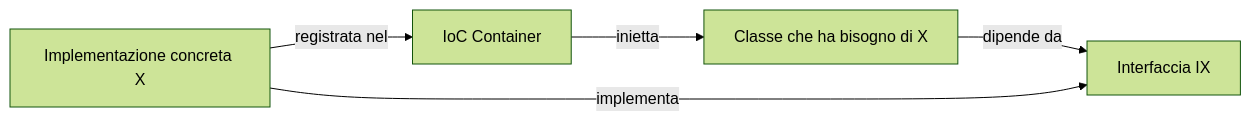
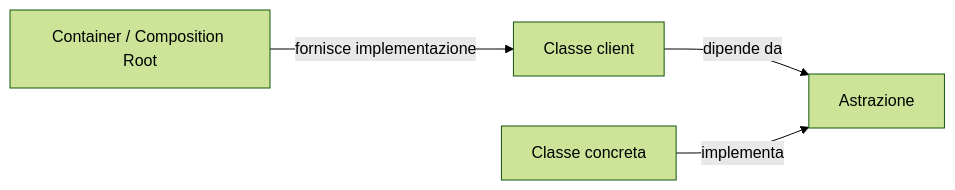
One commit to DennisTurco/AppuntiFacili changed the first of 6 diagrams in src/content/informatica/csharp/dependency-injection.mdx. Above: the diagram before and after it, drawn with Mermaid (forest theme). The commit also changed other lines of this file and 10 other files, not shown here.

````diff
--- a/src/content/informatica/csharp/dependency-injection.mdx
+++ b/src/content/informatica/csharp/dependency-injection.mdx
@@ -23,7 +39,6 @@
 ```mermaid
 graph LR
-    A[Classe che ha bisogno di X] -->|dipende da| B[Interfaccia IX]
-    C[IoC Container] -->|inietta| A
-    D[Implementazione concreta X] -->|registrata nel| C
-    D -->|implementa| B
+    A[Classe client] -->|dipende da| B[Astrazione]
+    C[Container / Composition Root] -->|fornisce implementazione| A
+    D[Classe concreta] -->|implementa| B
 ```
````
